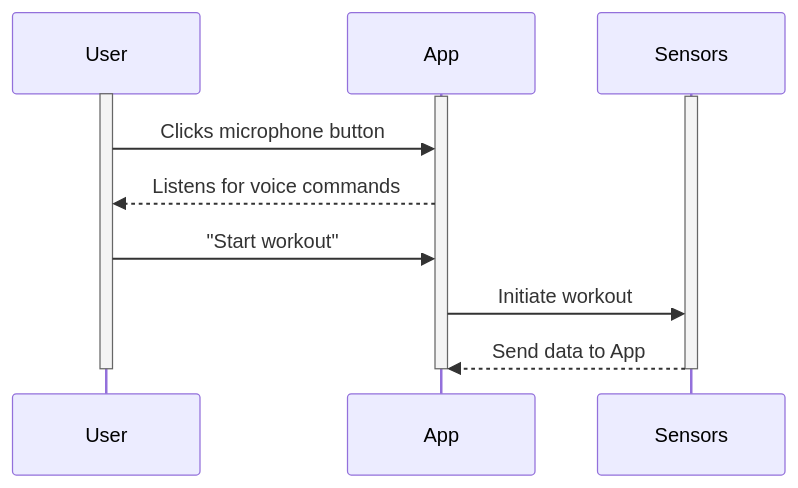
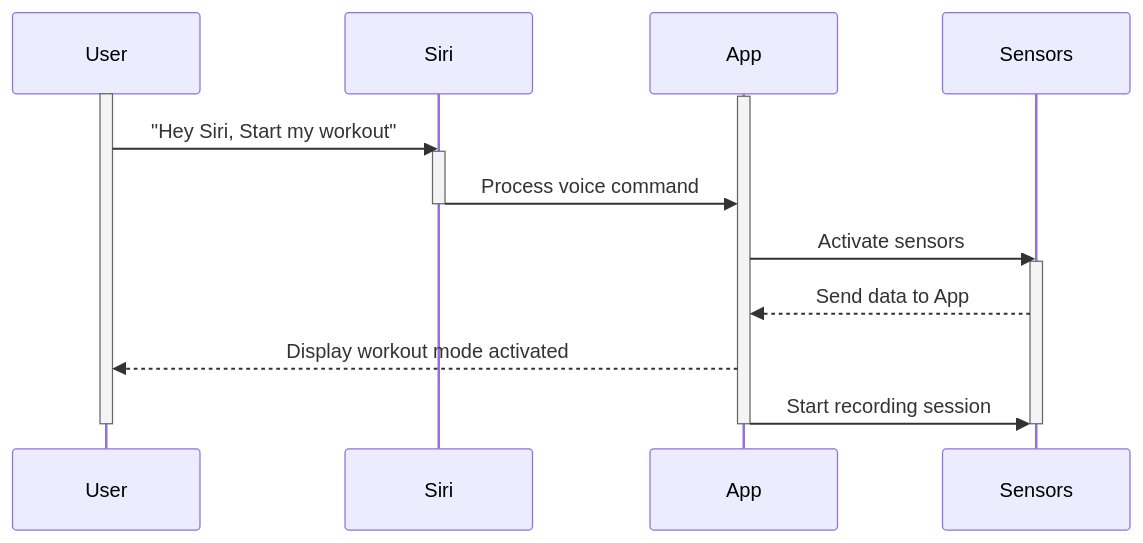
Before and after one commit to Capstone-Projects-2024-Spring/project-smartweights: the eighth of 14 diagrams in documentation/docs/system-architecture/sequence-diagrams.md, drawn with Mermaid. The commit also changed other lines of this file and 107 other files, not shown here.

````diff
--- a/documentation/docs/system-architecture/sequence-diagrams.md
+++ b/documentation/docs/system-architecture/sequence-diagrams.md
@@ -190,21 +263,27 @@
 ```mermaid 
 sequenceDiagram
     participant User
+    participant Siri
     participant App
+    participant Sensors
 
     activate User
     activate App
+
+    User->>Siri: "Hey Siri, Start my workout"
+    activate Siri
+    Siri->>App: Process voice command
+    deactivate Siri
+    App->>Sensors: Activate sensors
     activate Sensors
-    User->>App: Clicks microphone button
-    App-->> User: Listens for voice commands
-    User->>App: "Start workout"
-    App->>Sensors: Initiate workout
     Sensors -->> App: Send data to App
+    App-->>User: Display workout mode activated
+    App->>Sensors: Start recording session
 
   
 
     deactivate User
     deactivate App
     deactivate Sensors
 
 ```
````
